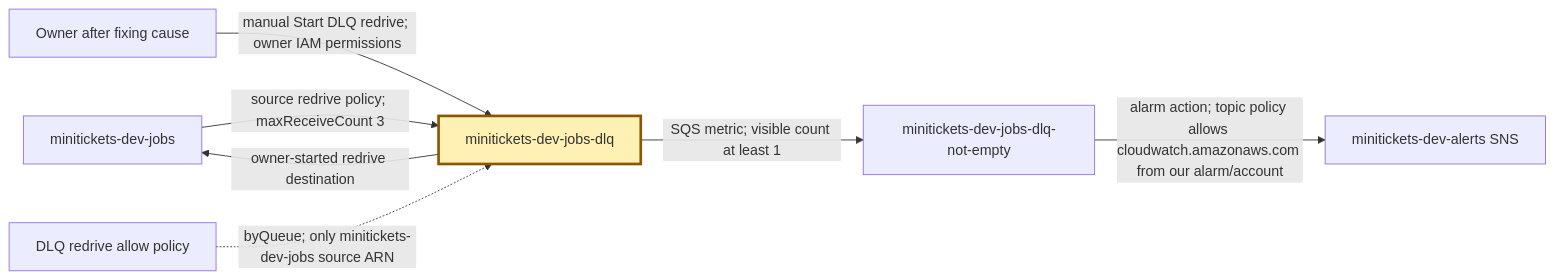
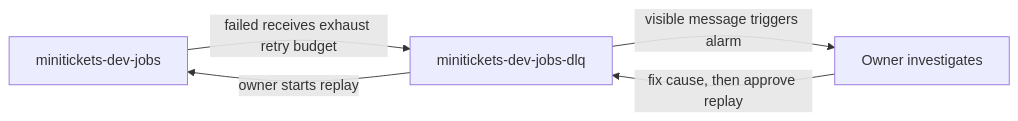
The diagram in docs/handbook/concepts/dead-letter-queue.md (maheshnd/minitickets), drawn with Mermaid before and after one commit. The commit also changed other lines of this file and 39 other files, not shown here.

````diff
--- a/docs/handbook/concepts/dead-letter-queue.md
+++ b/docs/handbook/concepts/dead-letter-queue.md
@@ -14,11 +18,7 @@
 ```mermaid
 flowchart LR
-    source["minitickets-dev-jobs"] -->|"source redrive policy; maxReceiveCount 3"| dlq["minitickets-dev-jobs-dlq"]
-    dlq -->|"SQS metric; visible count at least 1"| alarm["minitickets-dev-jobs-dlq-not-empty"]
-    alarm -->|"alarm action; topic policy allows cloudwatch.amazonaws.com from our alarm/account"| alerts["minitickets-dev-alerts SNS"]
-    owner["Owner after fixing cause"] -->|"manual Start DLQ redrive; owner IAM permissions"| dlq
-    dlq -->|"owner-started redrive destination"| source
-    allow["DLQ redrive allow policy"] -.->|"byQueue; only minitickets-dev-jobs source ARN"| dlq
-    classDef focus fill:#fff0b3,stroke:#8a5700,stroke-width:3px
-    class dlq focus
+    source["minitickets-dev-jobs"] -->|"failed receives exhaust retry budget"| dlq["minitickets-dev-jobs-dlq"]
+    dlq -->|"visible message triggers alarm"| owner["Owner investigates"]
+    owner -->|"fix cause, then approve replay"| dlq
+    dlq -->|"owner starts replay"| source
 ```
````
